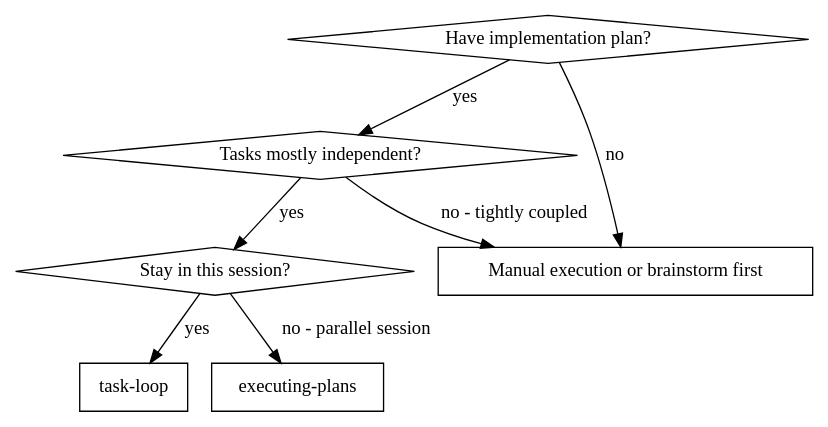
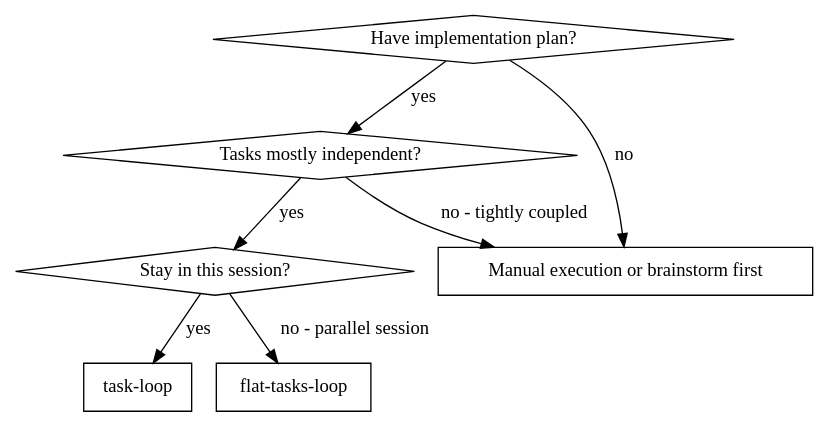
One commit to jiumem/forgeloop changed the first of 2 diagrams in skills/task-loop/SKILL.md. Above: the diagram before and after it, drawn with Graphviz. The commit also changed other lines of this file and 6 other files, not shown here.

Commit message:
refactor: rename executing workflow to flat-tasks-loop

````diff
--- a/skills/task-loop/SKILL.md
+++ b/skills/task-loop/SKILL.md
@@ -18,17 +18,17 @@
 ```dot
 digraph when_to_use {
     "Have implementation plan?" [shape=diamond];
     "Tasks mostly independent?" [shape=diamond];
     "Stay in this session?" [shape=diamond];
     "task-loop" [shape=box];
-    "executing-plans" [shape=box];
+    "flat-tasks-loop" [shape=box];
     "Manual execution or brainstorm first" [shape=box];
 
     "Have implementation plan?" -> "Tasks mostly independent?" [label="yes"];
     "Have implementation plan?" -> "Manual execution or brainstorm first" [label="no"];
     "Tasks mostly independent?" -> "Stay in this session?" [label="yes"];
     "Tasks mostly independent?" -> "Manual execution or brainstorm first" [label="no - tightly coupled"];
     "Stay in this session?" -> "task-loop" [label="yes"];
-    "Stay in this session?" -> "executing-plans" [label="no - parallel session"];
+    "Stay in this session?" -> "flat-tasks-loop" [label="no - parallel session"];
 }
 ```
````
